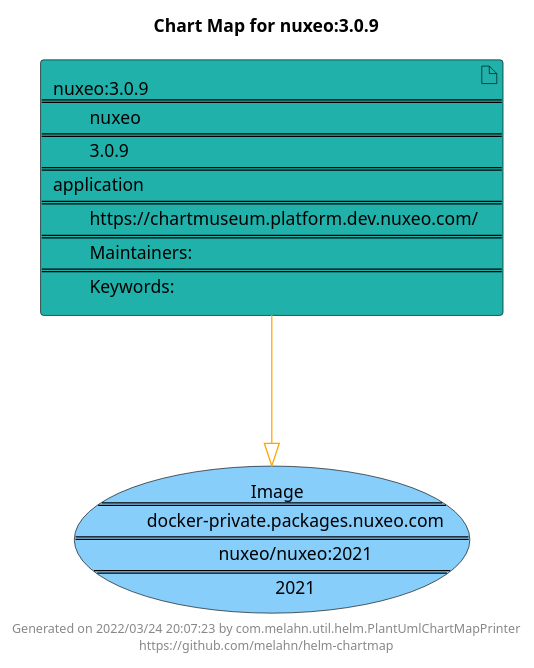
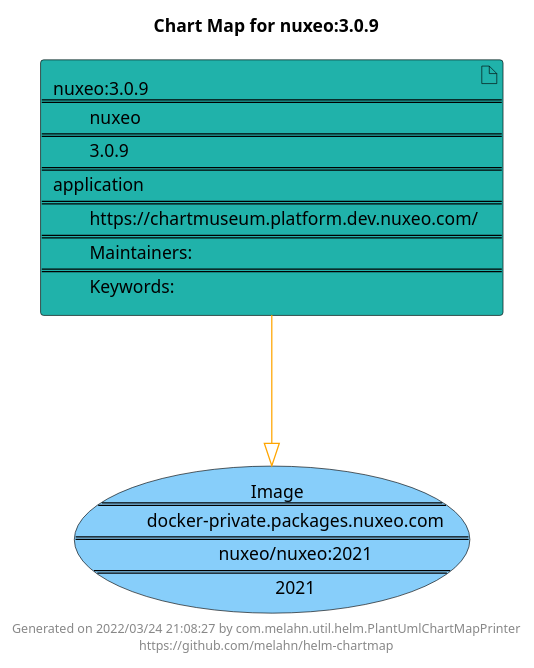
The diagram in docs/nuxeo/nuxeo-3.0.9.puml (melahn/helm-chartmap), drawn with PlantUML before and after one commit. The commit also changed 52 other files, not shown here.

Commit message:
Update Example Chart Maps as part of GitHub build

```diff
--- a/docs/nuxeo/nuxeo-3.0.9.puml
+++ b/docs/nuxeo/nuxeo-3.0.9.puml
@@ -1,21 +1,21 @@
 @startuml
 skinparam linetype ortho
 skinparam backgroundColor white
 skinparam usecaseBorderColor black
 skinparam usecaseArrowColor LightSlateGray
 skinparam artifactBorderColor black
 skinparam artifactArrowColor LightSlateGray
 
 title Chart Map for nuxeo:3.0.9
 
 'There is one referenced Helm Chart
 artifact "nuxeo:3.0.9\n====\n\tnuxeo\n====\n\t3.0.9\n====\napplication\n====\n\thttps://chartmuseum.platform.dev.nuxeo.com/\n====\n\tMaintainers: \n====\n\tKeywords: " as nuxeo_3_0_9 #LightSeaGreen
 
 'There is one referenced Docker Image
 usecase "Image\n====\n\tdocker-private.packages.nuxeo.com\n====\n\tnuxeo/nuxeo:2021\n====\n\t2021" as docker_private_packages_nuxeo_com_nuxeo_nuxeo_2021 #LightSkyBlue
 
 'Chart Dependencies
 nuxeo_3_0_9--[#orange]-|>docker_private_packages_nuxeo_com_nuxeo_nuxeo_2021
 
-center footer Generated on 2022/03/24 20:07:23 by com.melahn.util.helm.PlantUmlChartMapPrinter\nhttps://github.com/melahn/helm-chartmap
+center footer Generated on 2022/03/24 21:08:27 by com.melahn.util.helm.PlantUmlChartMapPrinter\nhttps://github.com/melahn/helm-chartmap
 @enduml
```
